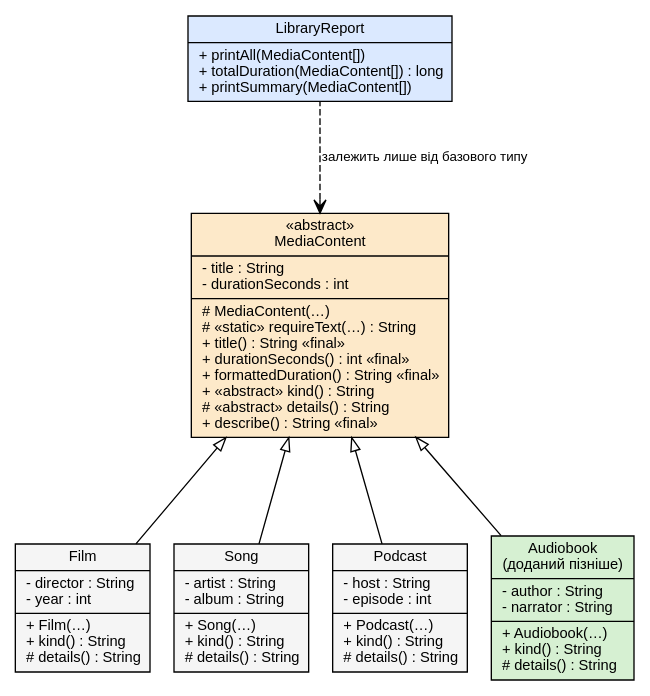
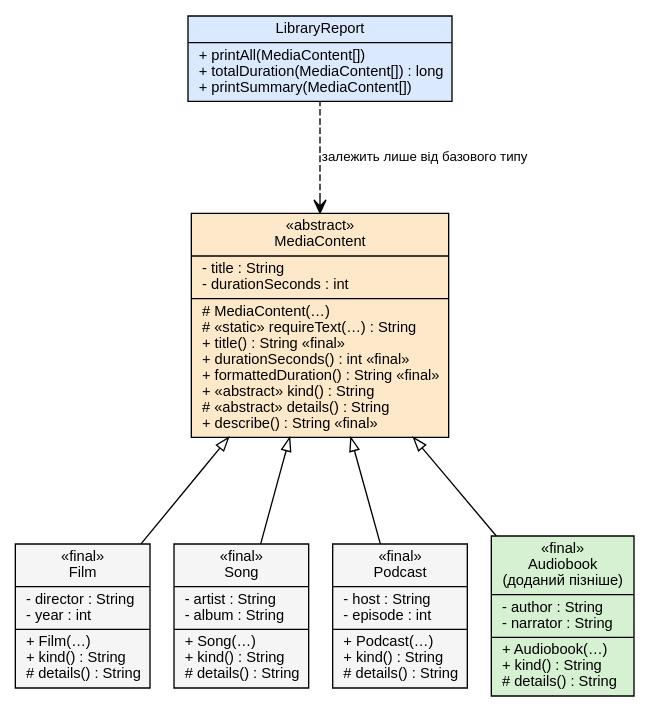
One commit to brizzinck/krinzhrepoduta changed the diagram in java/lr-3/diagrams/classes.dot. Above: the diagram before and after it, drawn with Graphviz. The commit also changed 158 other files, not shown here.

```diff
--- a/java/lr-3/diagrams/classes.dot
+++ b/java/lr-3/diagrams/classes.dot
@@ -1,19 +1,19 @@
 digraph G {
   rankdir=BT; nodesep=0.25; ranksep=1.0;
   graph [fontname="Liberation Sans", bgcolor="white"];
   node [shape=record, fontname="Liberation Sans", fontsize=11, style=filled, fillcolor="#f5f5f5"];
   edge [fontname="Liberation Sans", fontsize=10];
 
   MediaContent [fillcolor="#fde9c9", label="{«abstract»\nMediaContent|- title : String\l- durationSeconds : int\l|# MediaContent(…)\l# «static» requireText(…) : String\l+ title() : String  «final»\l+ durationSeconds() : int  «final»\l+ formattedDuration() : String  «final»\l+ «abstract» kind() : String\l# «abstract» details() : String\l+ describe() : String  «final»\l}"];
-  Film [label="{Film|- director : String\l- year : int\l|+ Film(…)\l+ kind() : String\l# details() : String\l}"];
-  Song [label="{Song|- artist : String\l- album : String\l|+ Song(…)\l+ kind() : String\l# details() : String\l}"];
-  Podcast [label="{Podcast|- host : String\l- episode : int\l|+ Podcast(…)\l+ kind() : String\l# details() : String\l}"];
-  Audiobook [fillcolor="#d6f0d2", label="{Audiobook\n(доданий пізніше)|- author : String\l- narrator : String\l|+ Audiobook(…)\l+ kind() : String\l# details() : String\l}"];
+  Film [label="{«final»\nFilm|- director : String\l- year : int\l|+ Film(…)\l+ kind() : String\l# details() : String\l}"];
+  Song [label="{«final»\nSong|- artist : String\l- album : String\l|+ Song(…)\l+ kind() : String\l# details() : String\l}"];
+  Podcast [label="{«final»\nPodcast|- host : String\l- episode : int\l|+ Podcast(…)\l+ kind() : String\l# details() : String\l}"];
+  Audiobook [fillcolor="#d6f0d2", label="{«final»\nAudiobook\n(доданий пізніше)|- author : String\l- narrator : String\l|+ Audiobook(…)\l+ kind() : String\l# details() : String\l}"];
   LibraryReport [fillcolor="#dbe9ff", label="{LibraryReport|+ printAll(MediaContent[])\l+ totalDuration(MediaContent[]) : long\l+ printSummary(MediaContent[])\l}"];
 
   Film -> MediaContent [arrowhead=empty];
   Song -> MediaContent [arrowhead=empty];
   Podcast -> MediaContent [arrowhead=empty];
   Audiobook -> MediaContent [arrowhead=empty];
   MediaContent -> LibraryReport [style=dashed, dir=back, arrowtail=vee, label=" залежить лише від базового типу"];
 }
```
